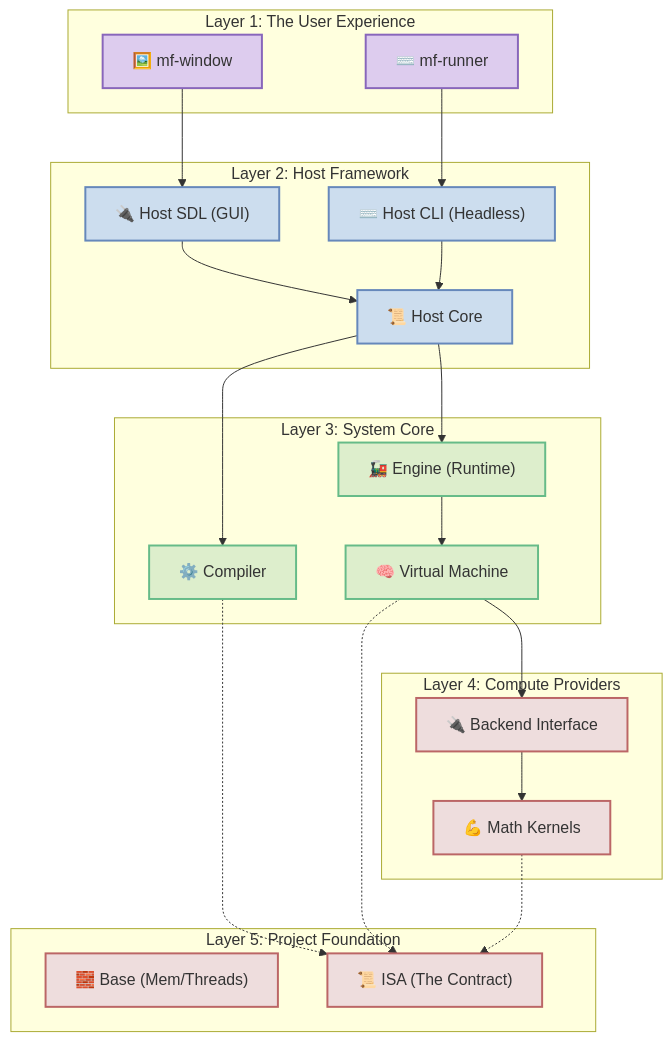
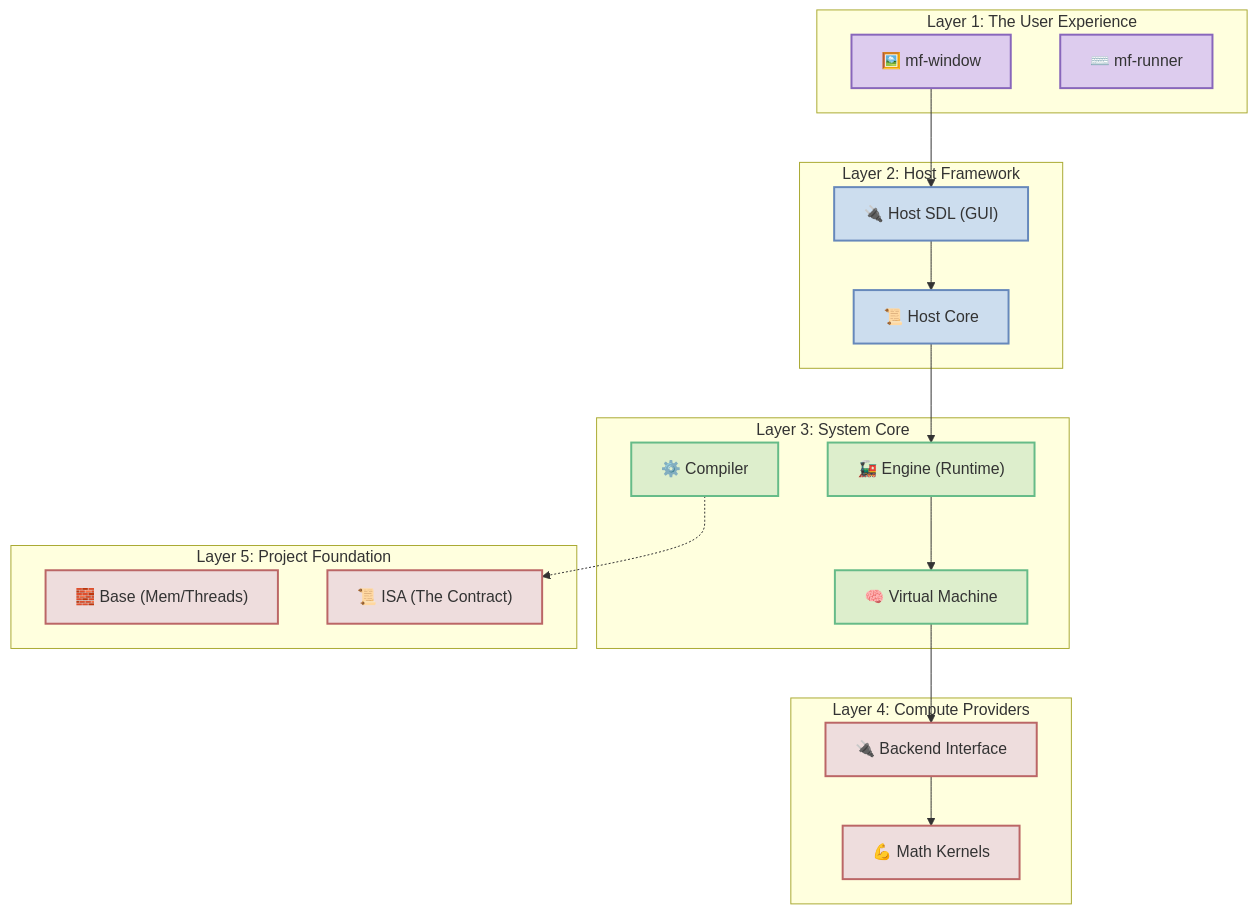
One commit to BinaryCat17/MathFlow changed the second of 2 diagrams in docs/architecture.md. Above: the diagram before and after it, drawn with Mermaid. The commit also changed other lines of this file and 1 other file, not shown here.

Commit message:
docs: Update architecture and project structure to reflect Single State Engine changes

````diff
--- a/docs/architecture.md
+++ b/docs/architecture.md
@@ -67,61 +90,48 @@
 ```mermaid
 graph TD
     %% Styles
     classDef layerApp fill:#dce,stroke:#86b,stroke-width:2px;
     classDef layerHost fill:#cde,stroke:#68b,stroke-width:2px;
     classDef layerCore fill:#dec,stroke:#6b8,stroke-width:2px;
     classDef layerBase fill:#edd,stroke:#b66,stroke-width:2px;
 
     %% Layer 1: Apps
     subgraph L1 ["Layer 1: The User Experience"]
         App_GUI["🖼️ mf-window"]:::layerApp
         App_CLI["⌨️ mf-runner"]:::layerApp
     end
 
     %% Layer 2: Host
     subgraph L2 ["Layer 2: Host Framework"]
         HostCore["📜 Host Core"]:::layerHost
-        HostCLI["⌨️ Host CLI (Headless)"]:::layerHost
         HostSDL["🔌 Host SDL (GUI)"]:::layerHost
     end
 
     %% Layer 3: Core
     subgraph L3 ["Layer 3: System Core"]
         Engine["🚂 Engine (Runtime)"]:::layerCore
         VM["🧠 Virtual Machine"]:::layerCore
         Compiler["⚙️ Compiler"]:::layerCore
     end
 
     %% Layer 4: Compute
     subgraph L4 ["Layer 4: Compute Providers"]
         Backend["🔌 Backend Interface"]:::layerBase
         Ops["💪 Math Kernels"]:::layerBase
     end
 
     %% Layer 5: Foundation
     subgraph L5 ["Layer 5: Project Foundation"]
         Base["🧱 Base (Mem/Threads)"]:::layerBase
         ISA["📜 ISA (The Contract)"]:::layerBase
     end
 
-    %% Dependencies (Control Flow)
+    %% Dependencies
     App_GUI --> HostSDL
-    App_CLI --> HostCLI
-    
     HostSDL --> HostCore
-    HostCLI --> HostCore
-    
     HostCore --> Engine
-    HostCore --> Compiler
-    
     Engine --> VM
-    
-    %% Core drives Compute
     VM --> Backend
     Backend --> Ops
-    
-    %% Key dependencies on Foundation
     Compiler -.-> ISA
-    VM -.-> ISA
-    Ops -.-> ISA
 ```
````
